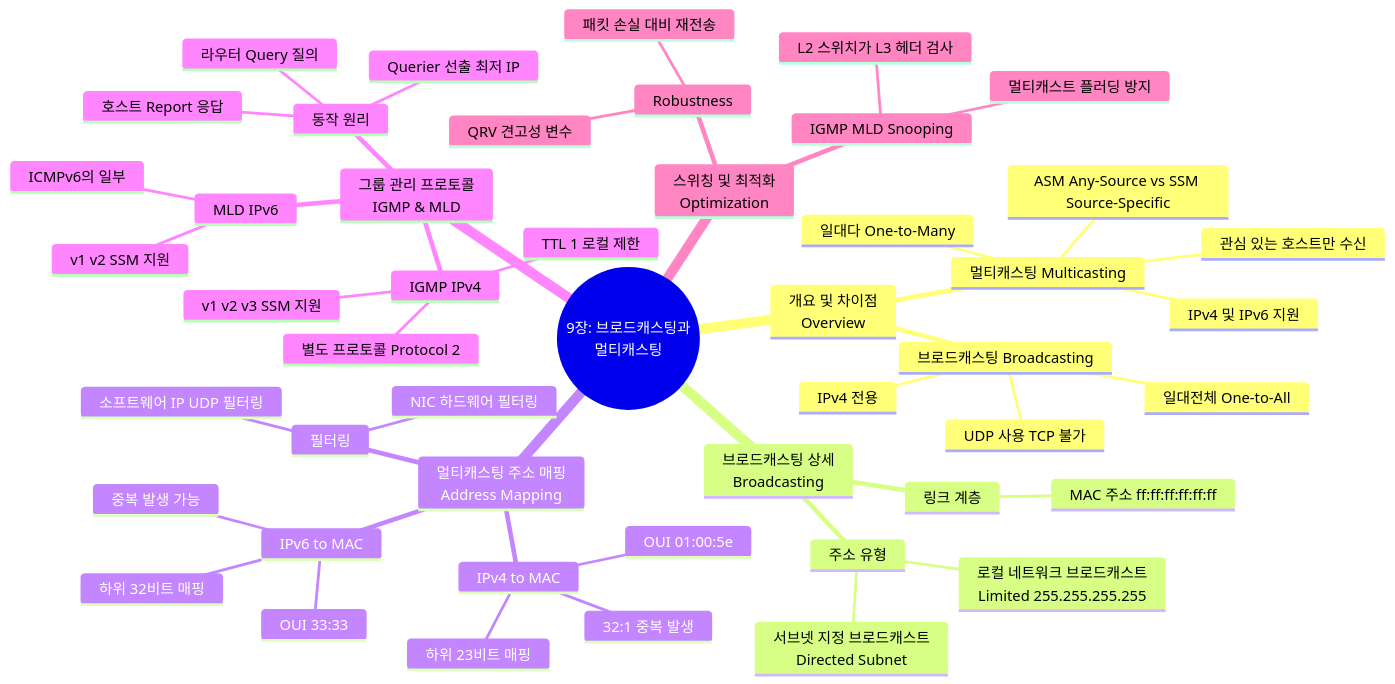
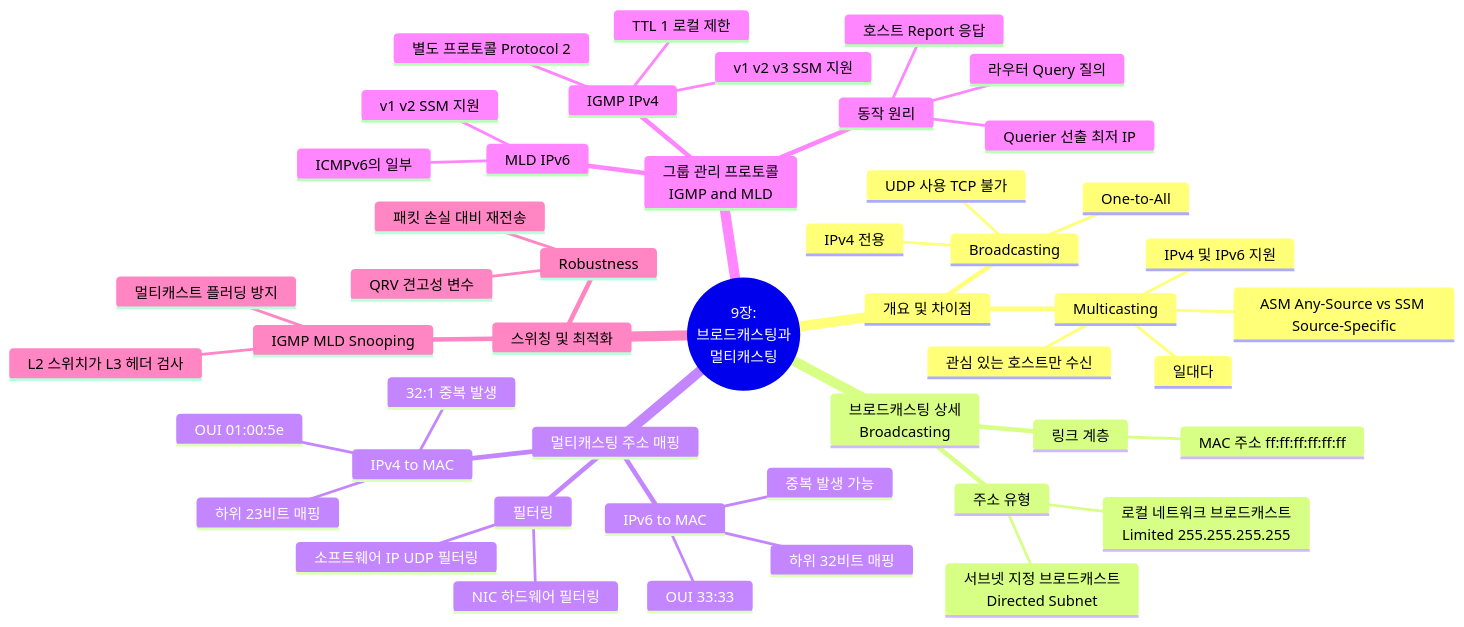
The diagram in 01_inbox/books/tcp_ip_illustrated_1/chapter9.md (youngmin-gwon/what-i-studied), drawn with Mermaid before and after one commit. The commit also changed other lines of this file and 10 other files, not shown here.

````diff
--- a/01_inbox/books/tcp_ip_illustrated_1/chapter9.md
+++ b/01_inbox/books/tcp_ip_illustrated_1/chapter9.md
@@ -13,51 +13,51 @@
 ```mermaid
 mindmap
-  root((9장: 브로드캐스팅과<br>멀티캐스팅))
-    개요 및 차이점<br>Overview
-      브로드캐스팅 Broadcasting
-        일대전체 One-to-All
+  root((9장:<br>브로드캐스팅과<br>멀티캐스팅))
+    개요 및 차이점
+      Broadcasting
+        One-to-All
         IPv4 전용
         UDP 사용 TCP 불가
-      멀티캐스팅 Multicasting
-        일대다 One-to-Many
+      Multicasting
+        일대다
         관심 있는 호스트만 수신
         IPv4 및 IPv6 지원
         ASM Any-Source vs SSM Source-Specific
     브로드캐스팅 상세<br>Broadcasting
       주소 유형
         로컬 네트워크 브로드캐스트<br>Limited 255.255.255.255
         서브넷 지정 브로드캐스트<br>Directed Subnet
       링크 계층
         MAC 주소 ff:ff:ff:ff:ff:ff
-    멀티캐스팅 주소 매핑<br>Address Mapping
+    멀티캐스팅 주소 매핑
       IPv4 to MAC
         OUI 01:00:5e
         하위 23비트 매핑
         32:1 중복 발생
       IPv6 to MAC
         OUI 33:33
         하위 32비트 매핑
         중복 발생 가능
       필터링
         NIC 하드웨어 필터링
         소프트웨어 IP UDP 필터링
-    그룹 관리 프로토콜<br>IGMP & MLD
+    그룹 관리 프로토콜<br>IGMP and MLD
       IGMP IPv4
         v1 v2 v3 SSM 지원
         별도 프로토콜 Protocol 2
         TTL 1 로컬 제한
       MLD IPv6
         v1 v2 SSM 지원
         ICMPv6의 일부
       동작 원리
         라우터 Query 질의
         호스트 Report 응답
         Querier 선출 최저 IP
-    스위칭 및 최적화<br>Optimization
+    스위칭 및 최적화
       IGMP MLD Snooping
         L2 스위치가 L3 헤더 검사
         멀티캐스트 플러딩 방지
       Robustness
         QRV 견고성 변수
         패킷 손실 대비 재전송
 ```
````
